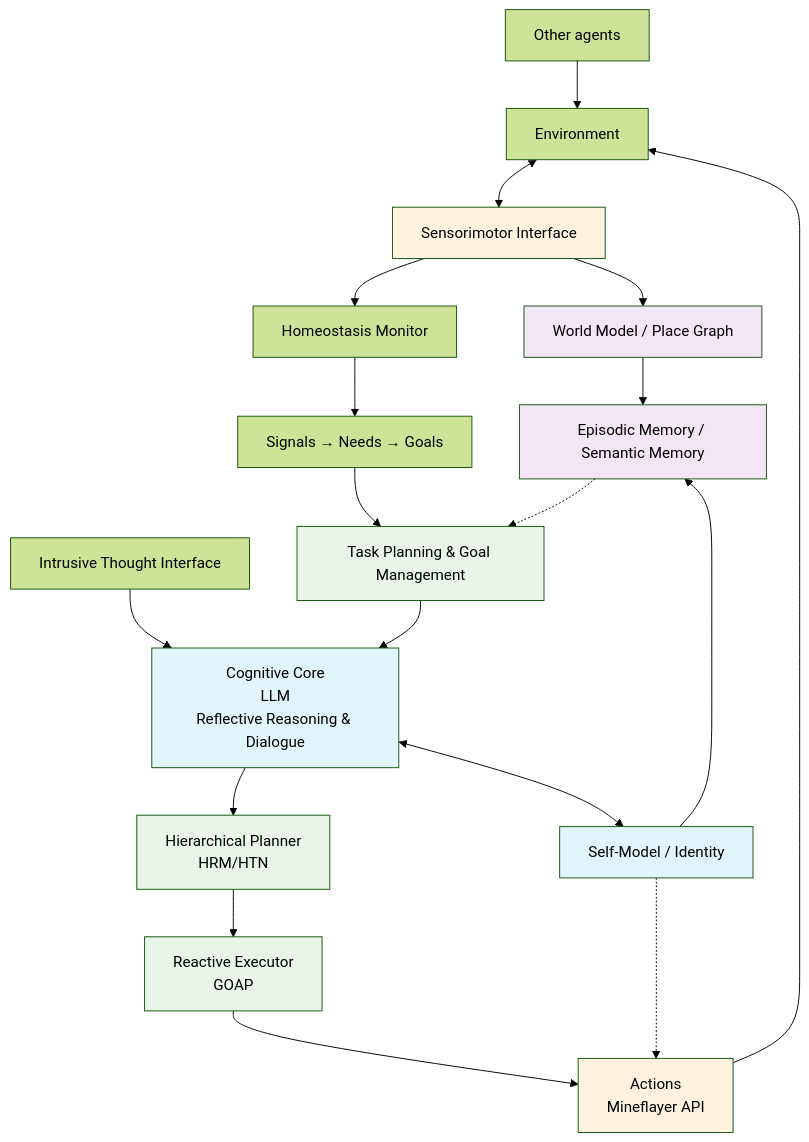
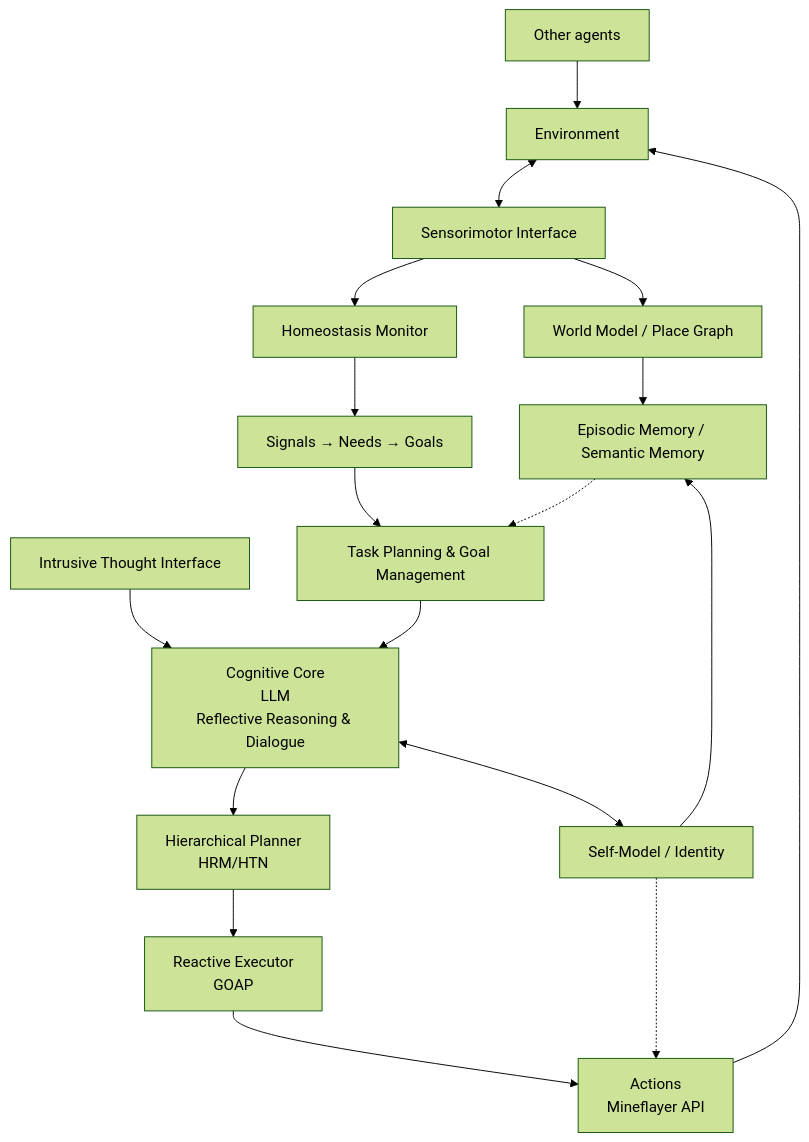
The diagram in readme.md (darianrosebrook/conscious-bot-experiment), drawn with Mermaid (forest theme) before and after one commit.

````diff
--- a/readme.md
+++ b/readme.md
@@ -295,44 +295,39 @@
 ```mermaid
 graph TD
     %% Environment and external interactions
     ENV[Environment] <--> SMI[Sensorimotor Interface]
     OA[Other agents] --> ENV
     
     %% Core cognitive flow
     SMI --> WM[World Model / Place Graph]
     SMI --> HM[Homeostasis Monitor]
     
     %% Memory systems
     WM --> EM[Episodic Memory / Semantic Memory]
     SM[Self-Model / Identity] --> EM
     
     %% Homeostasis and goal management
     HM --> SNG[Signals → Needs → Goals]
     SNG --> TPGM[Task Planning & Goal Management]
     EM -.-> TPGM
     
     %% Cognitive processing
     ITI[Intrusive Thought Interface] --> CC[Cognitive Core<br/>LLM<br/>Reflective Reasoning & Dialogue]
     TPGM --> CC
     CC <--> SM
     
     %% Planning and execution
     CC --> HP[Hierarchical Planner<br/>HRM/HTN]
     HP --> RE[Reactive Executor<br/>GOAP]
     RE --> ACT[Actions<br/>Mineflayer API]
     
     %% Feedback loops
     ACT --> ENV
     SM -.-> ACT
     
-    %% Styling
-    classDef core fill:#e1f5fe
-    classDef memory fill:#f3e5f5
-    classDef planning fill:#e8f5e8
-    classDef action fill:#fff3e0
     
     class CC,SM core
     class EM,WM memory
     class HP,RE,TPGM planning
     class ACT,SMI action
 ```
````
